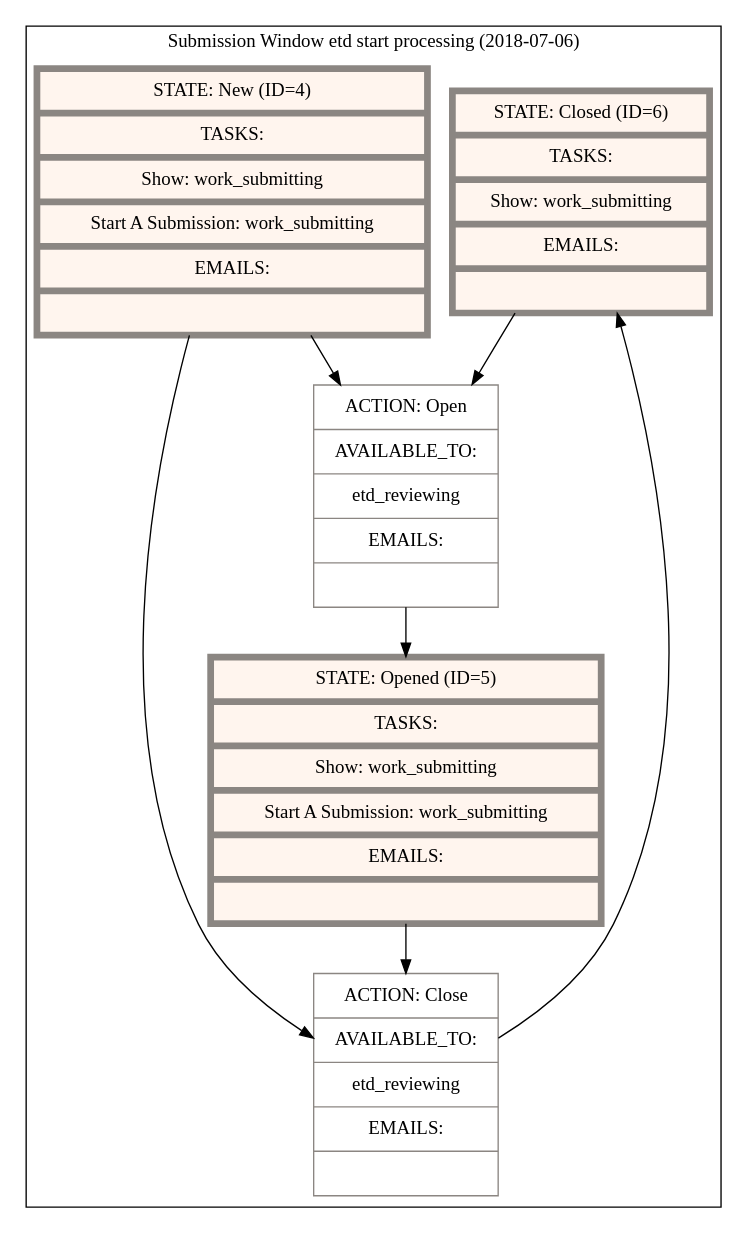
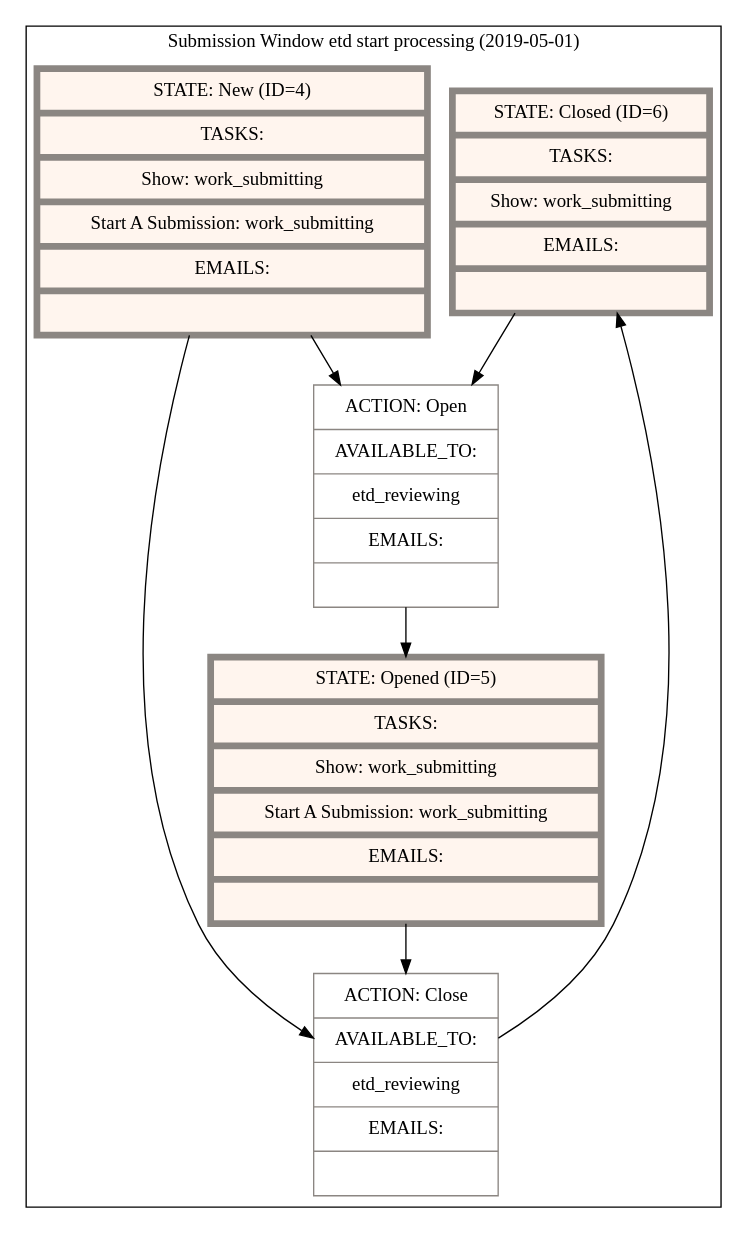
The diagram in artifacts/state_machines/submission_window_etd_start_processing.dot (ndlib/sipity), drawn with Graphviz before and after one commit. The commit also changed 5 other files, not shown here.

Commit message:
Updating state machine diagrams

```diff
--- a/artifacts/state_machines/submission_window_etd_start_processing.dot
+++ b/artifacts/state_machines/submission_window_etd_start_processing.dot
@@ -1,27 +1,27 @@
 digraph "G" {
   compound=true;
   node[color="grey15" margin="0.15, 0.125"];
   subgraph cluster_0 {
-    label="Submission Window etd start processing (2018-07-06)"
+    label="Submission Window etd start processing (2019-05-01)"
     node[style=filled fillcolor=white color="seashell4"]
     subgraph 0 {
       label="States";
       node[shape="record" fillcolor="seashell1" penwidth=5]
       state_closed [label="{ STATE: Closed (ID=6)| TASKS: | Show: work_submitting | EMAILS: |  }"]
       state_new [label="{ STATE: New (ID=4)| TASKS: | Show: work_submitting | Start A Submission: work_submitting | EMAILS: |  }"]
       state_opened [label="{ STATE: Opened (ID=5)| TASKS: | Show: work_submitting | Start A Submission: work_submitting | EMAILS: |  }"]
     }
     subgraph 1 {
       label="Actions"
       node[shape="record" shape=record penwidth=1]
         action_open [label="{ ACTION: Open | AVAILABLE_TO: | etd_reviewing | EMAILS: |  }"]
         action_close [label="{ ACTION: Close | AVAILABLE_TO: | etd_reviewing | EMAILS: |  }"]
     }
       state_closed -> action_open
       action_open -> state_opened
       state_new -> action_open
       state_new -> action_close
       action_close -> state_closed
       state_opened -> action_close
   }
 }
```
